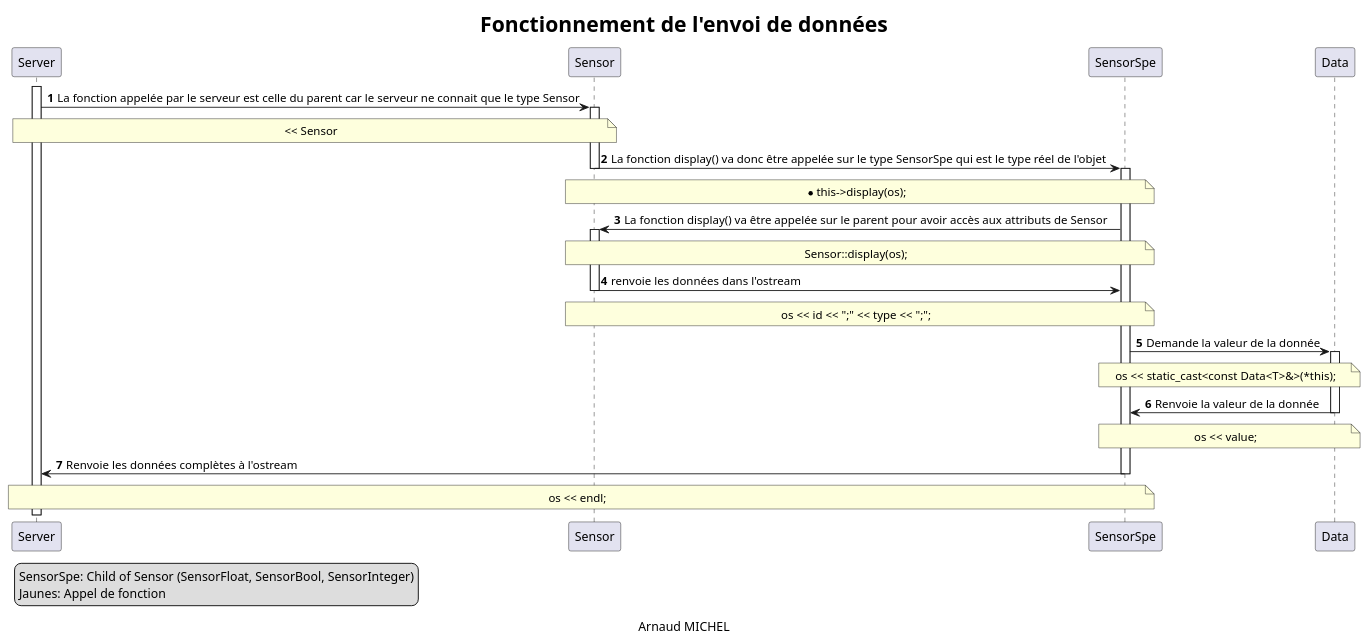
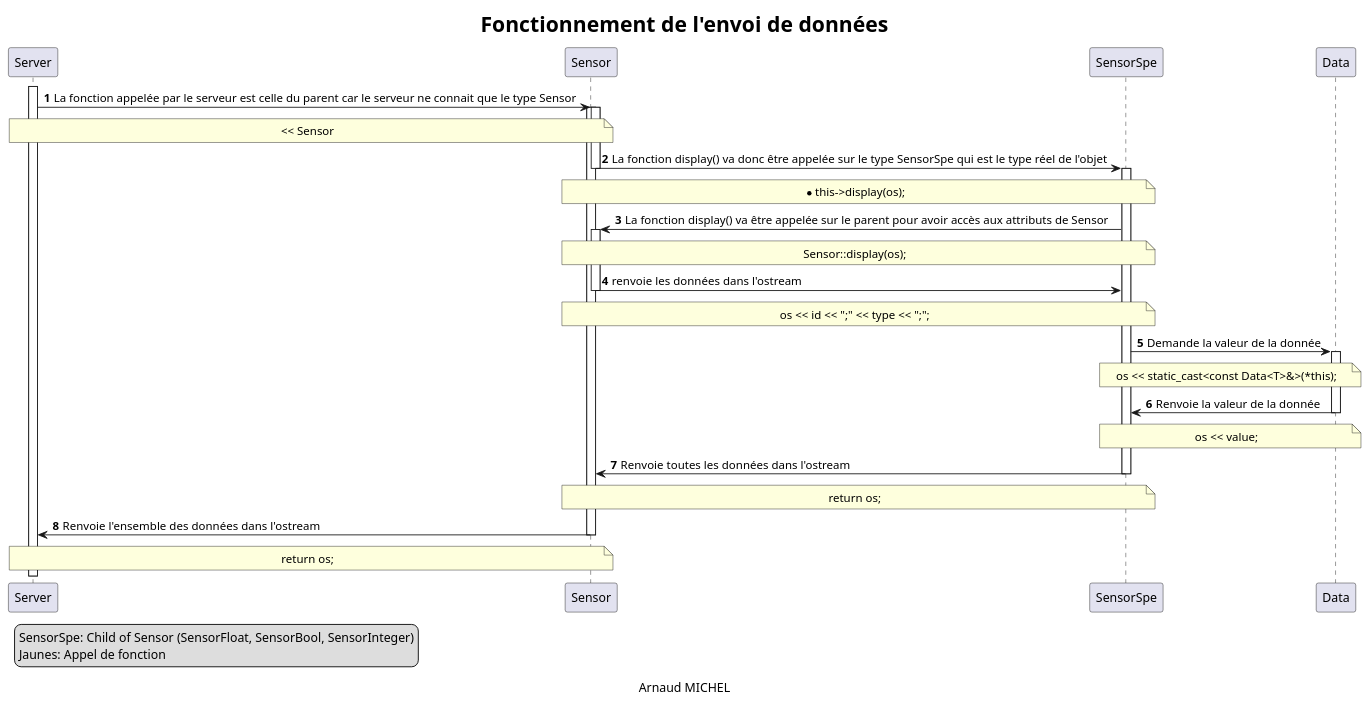
One commit to MrArnaudMichel/AP4A_projet changed the diagram in uml/send-data-sequence-diagram.puml. Above: the diagram before and after it, drawn with PlantUML. The commit also changed 1 other file, not shown here.

Commit message:
update uml

```diff
--- a/uml/send-data-sequence-diagram.puml
+++ b/uml/send-data-sequence-diagram.puml
@@ -1,69 +1,78 @@
 @startuml
 
 skinparam title {
     FontSize 24
 }
 
 title Fonctionnement de l'envoi de données
 
 autonumber
 
 activate Server
 
 Server -> Sensor: La fonction appelée par le serveur est celle du parent car le serveur ne connait que le type Sensor
 note over Server, Sensor
 << Sensor
 end note
 
+activate Sensor
 activate Sensor
 Sensor -> SensorSpe: La fonction display() va donc être appelée sur le type SensorSpe qui est le type réel de l'objet
 note over Sensor, SensorSpe
 *this->display(os);
 end note
 
 deactivate Sensor
 activate SensorSpe
 SensorSpe -> Sensor: La fonction display() va être appelée sur le parent pour avoir accès aux attributs de Sensor
 note over Sensor, SensorSpe
  Sensor::display(os);
 end note
 
 activate Sensor
 
 Sensor -> SensorSpe: renvoie les données dans l'ostream
 note over Sensor, SensorSpe
 os << id << ";" << type << ";";
 end note
 
 deactivate Sensor
 
 SensorSpe -> Data: Demande la valeur de la donnée
 note over SensorSpe, Data
 os << static_cast<const Data<T>&>(*this);
 end note
 
 activate Data
 Data -> SensorSpe: Renvoie la valeur de la donnée
 note over Data, SensorSpe
 os << value;
 end note
 
 deactivate Data
 
-SensorSpe -> Server: Renvoie les données complètes à l'ostream
-note over SensorSpe, Server
-os << endl;
+SensorSpe -> Sensor: Renvoie toutes les données dans l'ostream
+note over Sensor, SensorSpe
+return os;
 end note
 
 deactivate SensorSpe
+
+Sensor -> Server: Renvoie l'ensemble des données dans l'ostream
+note over Sensor, Server
+return os;
+end note
+
+deactivate Sensor
+
 
 
 
 legend left
     SensorSpe: Child of Sensor (SensorFloat, SensorBool, SensorInteger)
     Jaunes: Appel de fonction
 endlegend
 
 
 caption Arnaud MICHEL
 @enduml
```
